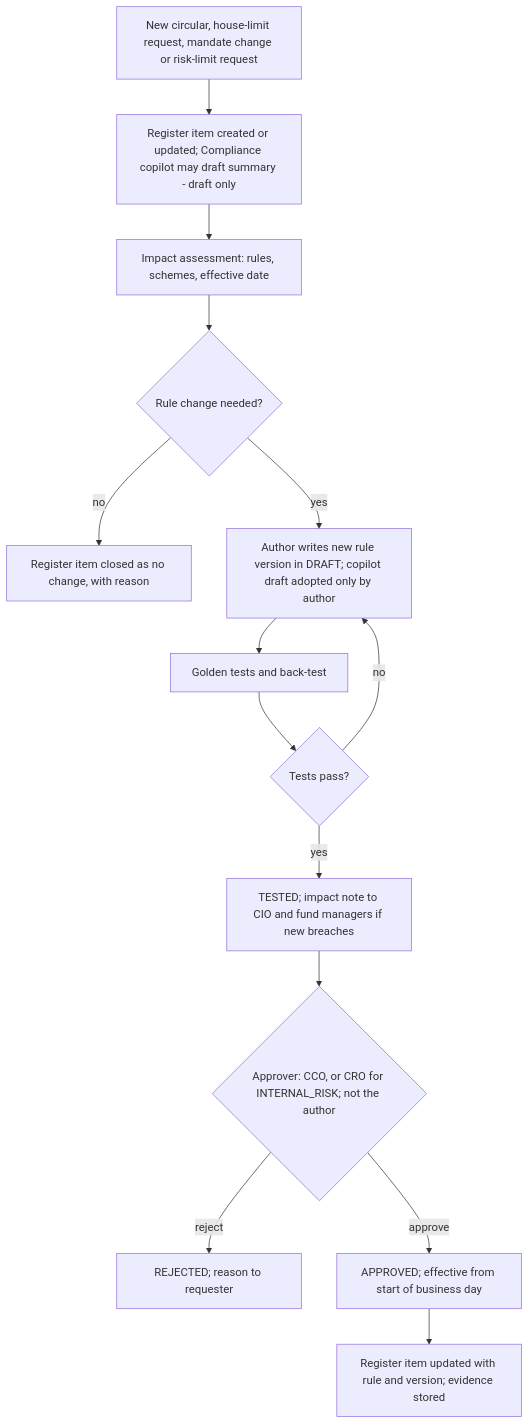
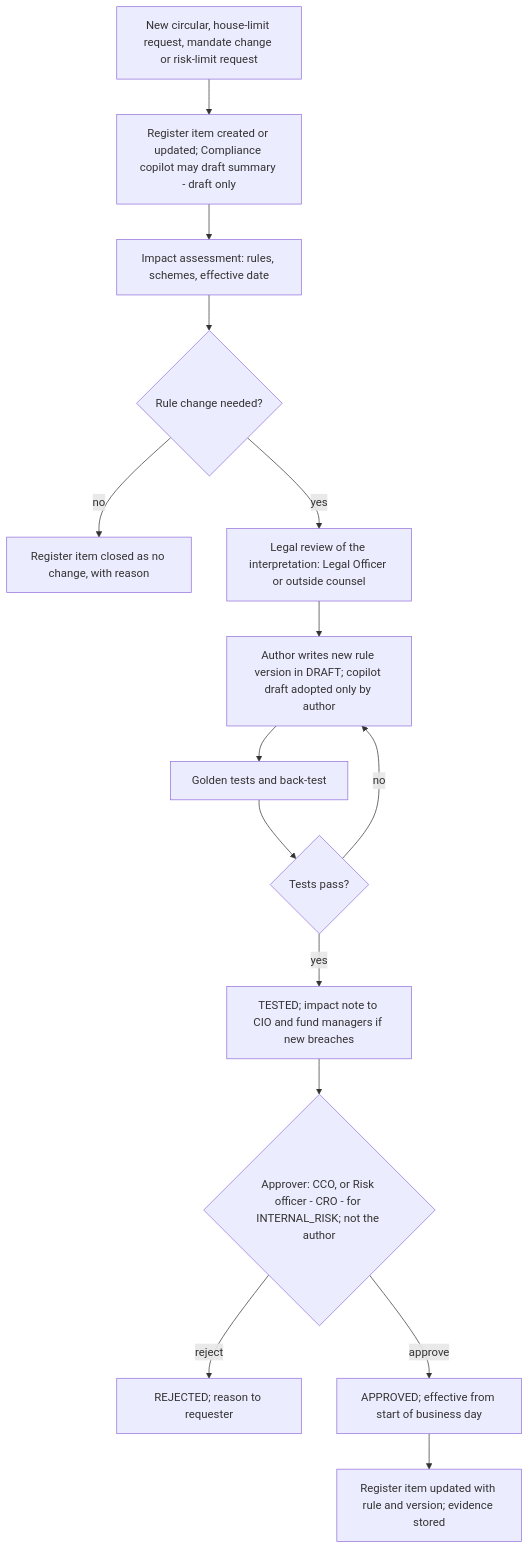
One commit to suchitdubey7/AMC-OS changed the third of 3 diagrams in docs/03_product_requirements/PRD-008_compliance_management.md. Above: the diagram before and after it, drawn with Mermaid. The commit also changed other lines of this file and 6 other files, not shown here.

````diff
--- a/docs/03_product_requirements/PRD-008_compliance_management.md
+++ b/docs/03_product_requirements/PRD-008_compliance_management.md
@@ -176,16 +176,17 @@
 ```mermaid
 flowchart TD
   A[New circular, house-limit request, mandate change or risk-limit request] --> B[Register item created or updated; Compliance copilot may draft summary - draft only]
   B --> C[Impact assessment: rules, schemes, effective date]
   C --> D{Rule change needed?}
   D -- no --> E[Register item closed as no change, with reason]
-  D -- yes --> F[Author writes new rule version in DRAFT; copilot draft adopted only by author]
+  D -- yes --> LR[Legal review of the interpretation: Legal Officer or outside counsel]
+  LR --> F[Author writes new rule version in DRAFT; copilot draft adopted only by author]
   F --> G[Golden tests and back-test]
   G --> H{Tests pass?}
   H -- no --> F
   H -- yes --> I[TESTED; impact note to CIO and fund managers if new breaches]
-  I --> J{Approver: CCO, or CRO for INTERNAL_RISK; not the author}
+  I --> J{Approver: CCO, or Risk officer - CRO - for INTERNAL_RISK; not the author}
   J -- reject --> K[REJECTED; reason to requester]
   J -- approve --> L[APPROVED; effective from start of business day]
   L --> M[Register item updated with rule and version; evidence stored]
 ```
````
